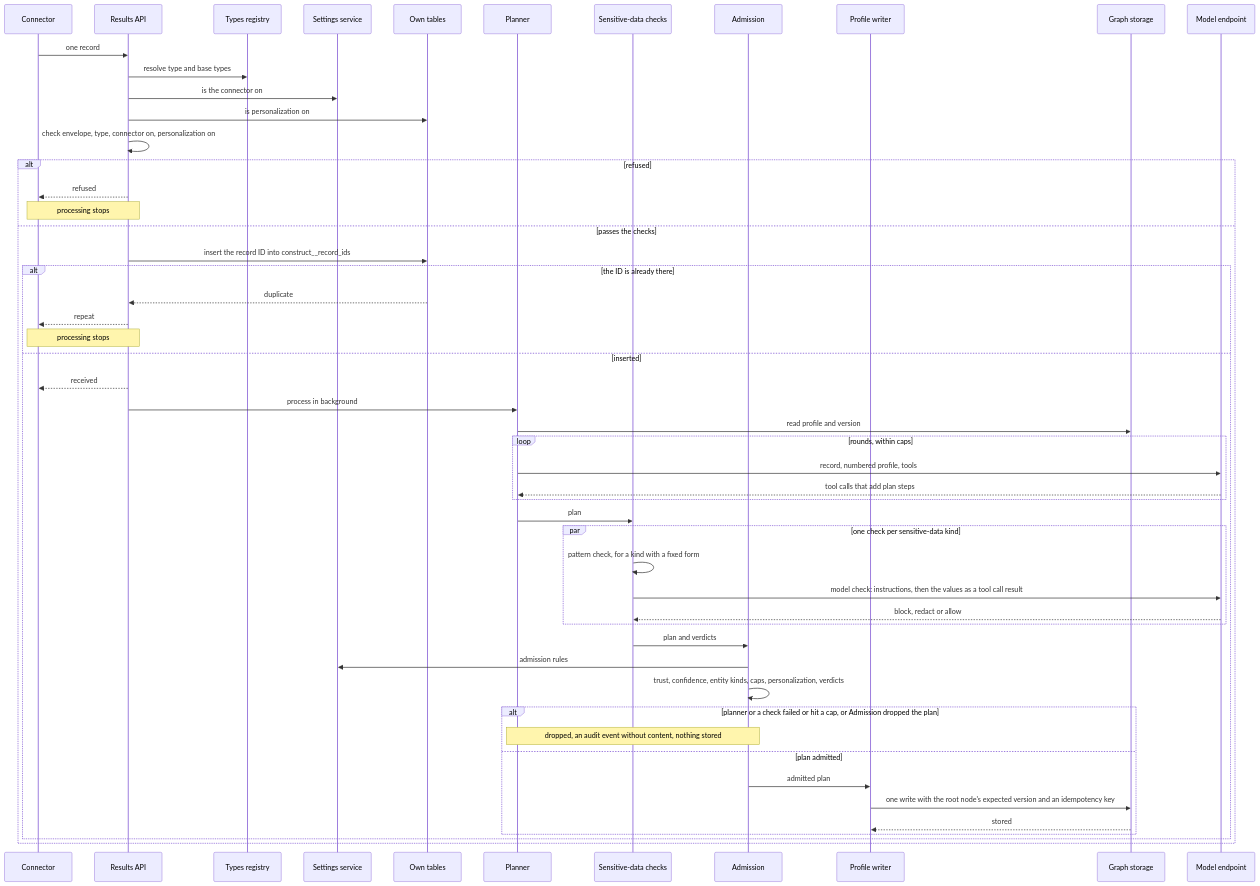
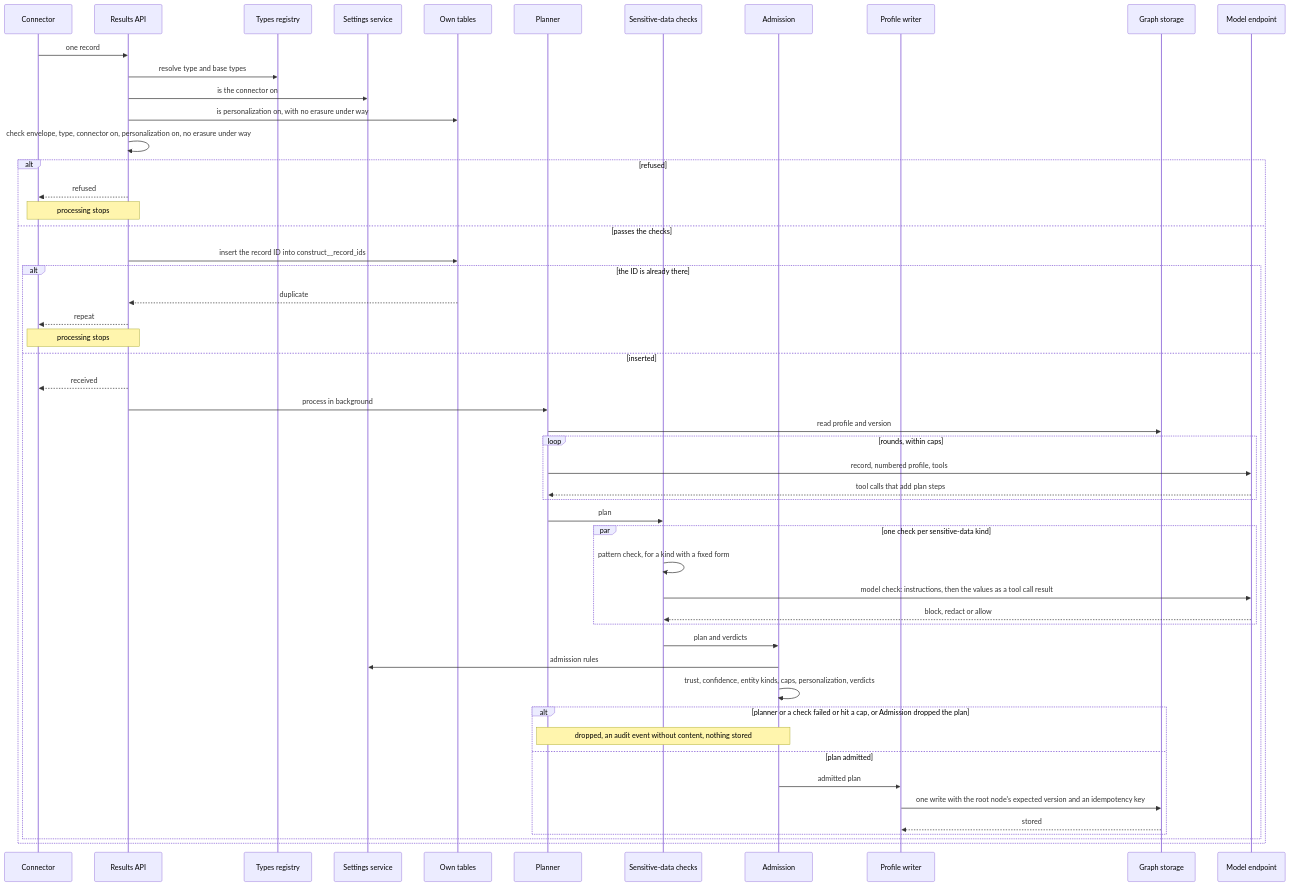
Before and after one commit to AndIConstructor/gears-rust: the third of 9 diagrams in gears/construct/docs/DESIGN.md, drawn with Mermaid. The commit also changed other lines of this file, not shown here.

First line of the commit message:
docs(construct): finish an erasure that fails halfway and key every rewrite

````diff
--- a/gears/construct/docs/DESIGN.md
+++ b/gears/construct/docs/DESIGN.md
@@ -715,54 +715,54 @@
 ```mermaid
 sequenceDiagram
     participant CN as Connector
     participant RA as Results API
     participant TR as Types registry
     participant SS as Settings service
     participant T as Own tables
     participant PL as Planner
     participant SD as Sensitive-data checks
     participant AD as Admission
     participant PW as Profile writer
     participant GS as Graph storage
     participant ME as Model endpoint
     CN->>RA: one record
     RA->>TR: resolve type and base types
     RA->>SS: is the connector on
-    RA->>T: is personalization on
-    RA->>RA: check envelope, type, connector on, personalization on
+    RA->>T: is personalization on, with no erasure under way
+    RA->>RA: check envelope, type, connector on, personalization on, no erasure under way
     alt refused
         RA-->>CN: refused
         Note over CN,RA: processing stops
     else passes the checks
         RA->>T: insert the record ID into construct__record_ids
         alt the ID is already there
             T-->>RA: duplicate
             RA-->>CN: repeat
             Note over CN,RA: processing stops
         else inserted
             RA-->>CN: received
             RA->>PL: process in background
             PL->>GS: read profile and version
             loop rounds, within caps
                 PL->>ME: record, numbered profile, tools
                 ME-->>PL: tool calls that add plan steps
             end
             PL->>SD: plan
             par one check per sensitive-data kind
                 SD->>SD: pattern check, for a kind with a fixed form
                 SD->>ME: model check: instructions, then the values as a tool call result
                 ME-->>SD: block, redact or allow
             end
             SD->>AD: plan and verdicts
             AD->>SS: admission rules
             AD->>AD: trust, confidence, entity kinds, caps, personalization, verdicts
             alt planner or a check failed or hit a cap, or Admission dropped the plan
                 Note over PL,AD: dropped, an audit event without content, nothing stored
             else plan admitted
                 AD->>PW: admitted plan
                 PW->>GS: one write with the root node's expected version and an idempotency key
                 GS-->>PW: stored
             end
         end
     end
 ```
````
